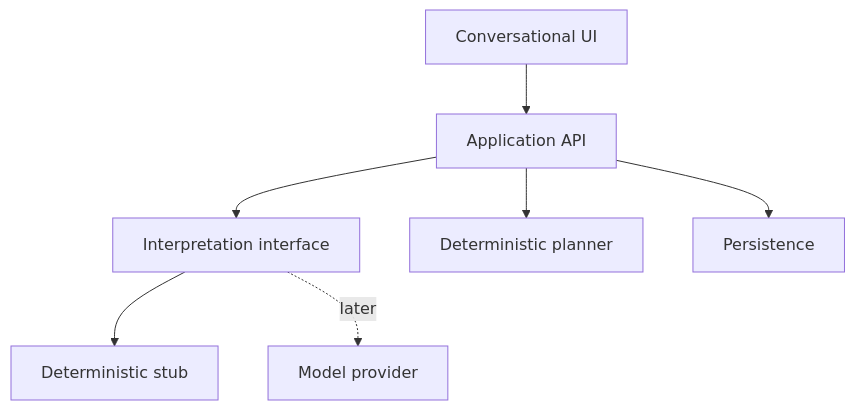
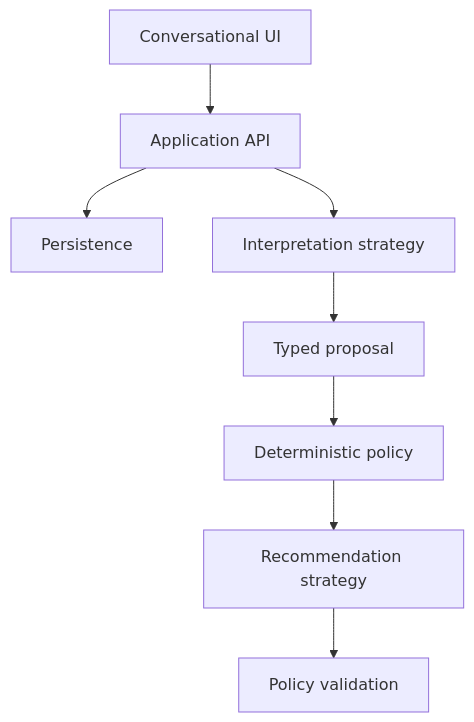
The diagram in docs/architecture.md (rootkow/weavance), drawn with Mermaid before and after one commit. The commit also changed other lines of this file and 5 other files, not shown here.

````diff
--- a/docs/architecture.md
+++ b/docs/architecture.md
@@ -5,9 +5,10 @@
 ```mermaid
 flowchart TD
     UI["Conversational UI"] --> API["Application API"]
-    API --> INTERPRET["Interpretation interface"]
-    API --> PLAN["Deterministic planner"]
     API --> STORE["Persistence"]
-    INTERPRET --> STUB["Deterministic stub"]
-    INTERPRET -. later .-> LLM["Model provider"]
+    API --> INTERPRET["Interpretation strategy"]
+    INTERPRET --> PROPOSAL["Typed proposal"]
+    PROPOSAL --> POLICY["Deterministic policy"]
+    POLICY --> RECOMMEND["Recommendation strategy"]
+    RECOMMEND --> VALIDATE["Policy validation"]
 ```
````
